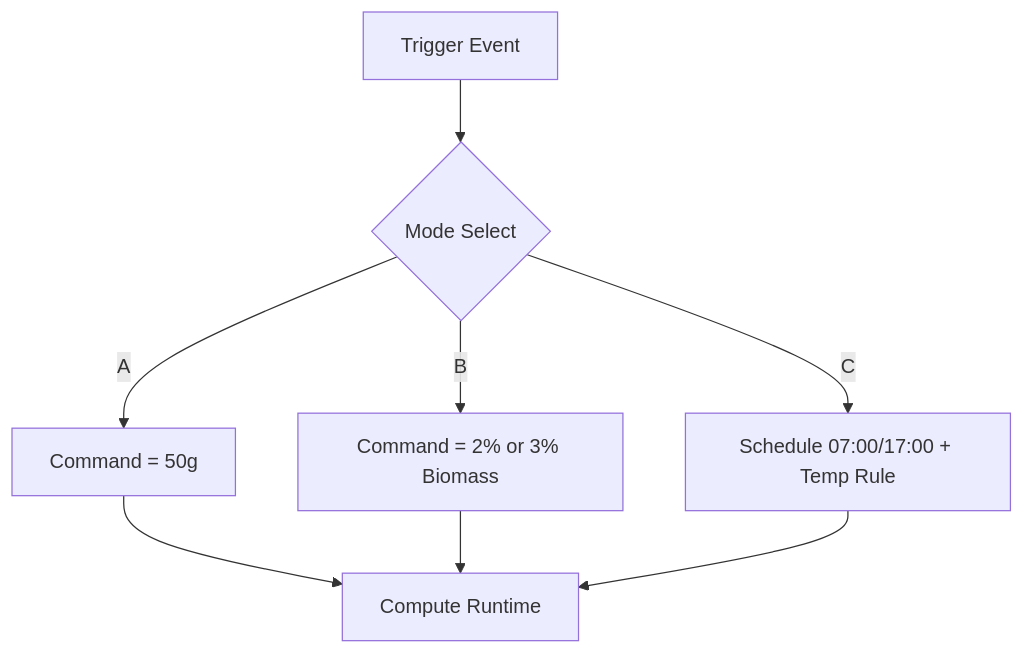
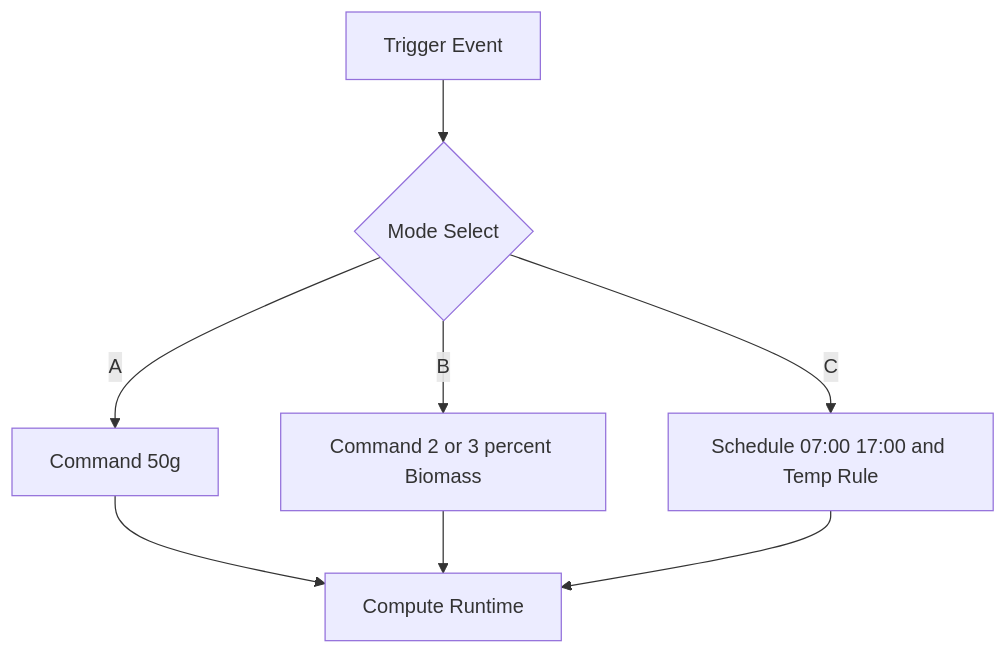
The third of 3 diagrams in README.md (Frey210/Feederasea), drawn with Mermaid before and after one commit. The commit also changed other lines of this file and 1 other file, not shown here.

````diff
--- a/README.md
+++ b/README.md
@@ -202,10 +238,10 @@
 ```mermaid
 flowchart TD
   A[Trigger Event] --> B{Mode Select}
-  B -->|A| C[Command = 50g]
-  B -->|B| D[Command = 2% or 3% Biomass]
-  B -->|C| E[Schedule 07:00/17:00 + Temp Rule]
+  B -->|A| C[Command 50g]
+  B -->|B| D[Command 2 or 3 percent Biomass]
+  B -->|C| E[Schedule 07:00 17:00 and Temp Rule]
   C --> F[Compute Runtime]
   D --> F
   E --> F
 ```
````
